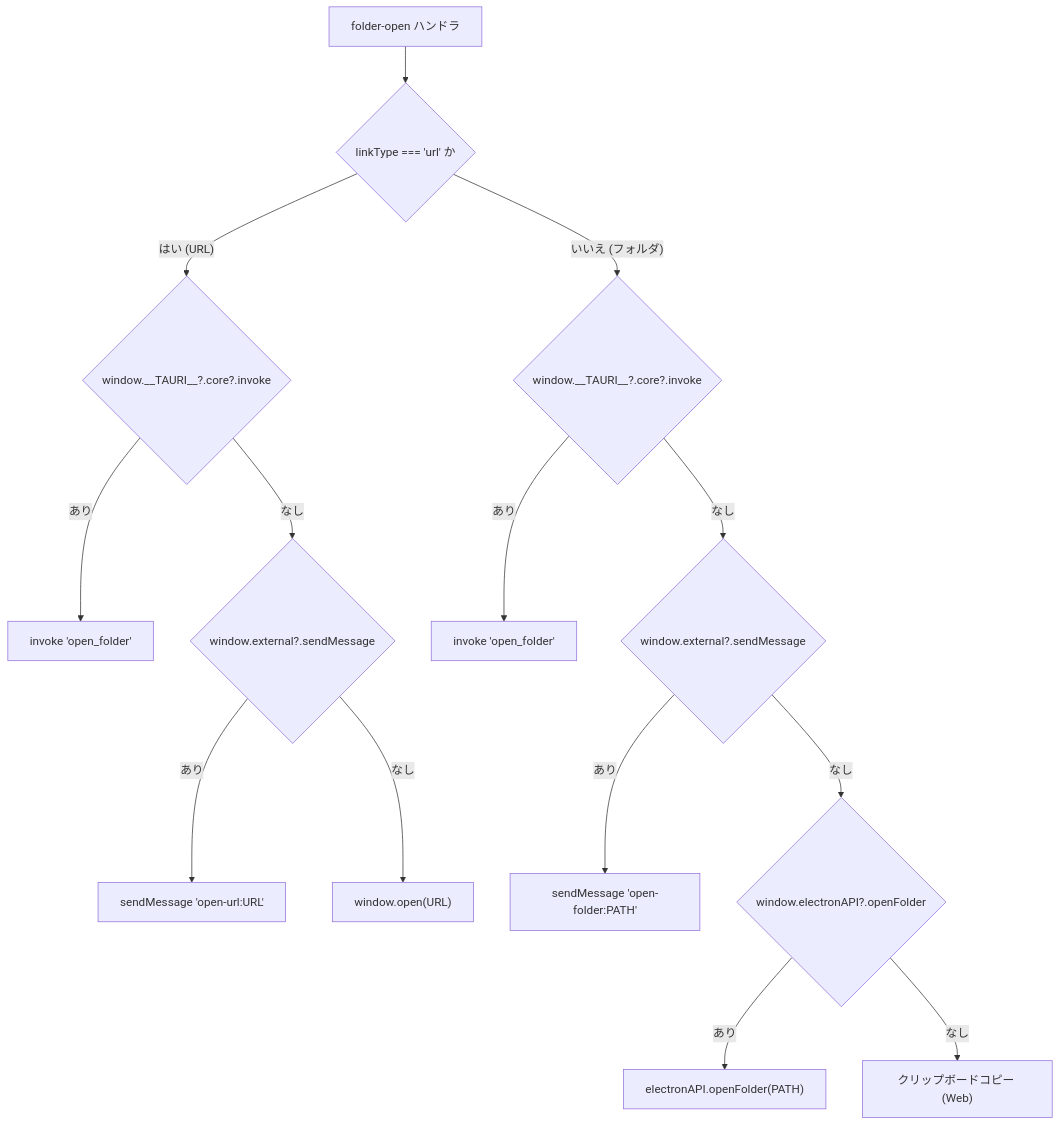
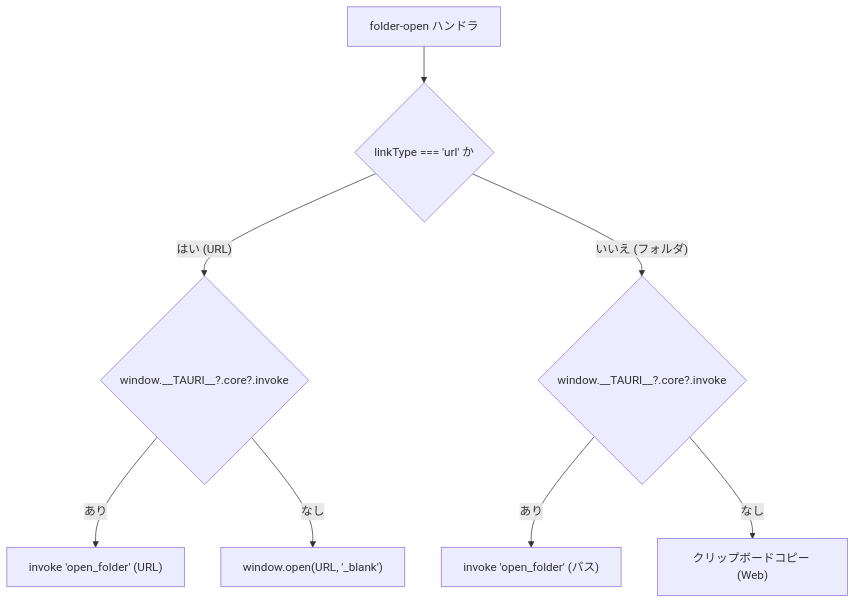
Before and after one commit to gitmatsus/task-management-app: the diagram in docs/04_実装詳細/04-3_ネイティブ環境連携.md, drawn with Mermaid. The commit also changed other lines of this file and 27 other files, not shown here.

First line of the commit message:
refactor: Tauri に一本化（Electron / Photino 撤廃）+ ドキュメント最新化 (#2)

````diff
--- a/docs/04_実装詳細/04-3_ネイティブ環境連携.md
+++ b/docs/04_実装詳細/04-3_ネイティブ環境連携.md
@@ -7,18 +7,12 @@
 ```mermaid
 flowchart TD
   Start["folder-open ハンドラ"] --> URLQ{"linkType === 'url' か"}
 
   URLQ -->|"はい (URL)"| TauriU{"window.__TAURI__?.core?.invoke"}
-  TauriU -->|"あり"| TauriInvokeU["invoke 'open_folder'"]
-  TauriU -->|"なし"| PhotinoU{"window.external?.sendMessage"}
-  PhotinoU -->|"あり"| PhotinoSendU["sendMessage 'open-url:URL'"]
-  PhotinoU -->|"なし"| WindowOpen["window.open(URL)"]
+  TauriU -->|"あり"| TauriInvokeU["invoke 'open_folder' (URL)"]
+  TauriU -->|"なし"| WindowOpen["window.open(URL, '_blank')"]
 
   URLQ -->|"いいえ (フォルダ)"| TauriF{"window.__TAURI__?.core?.invoke"}
-  TauriF -->|"あり"| TauriInvokeF["invoke 'open_folder'"]
-  TauriF -->|"なし"| PhotinoF{"window.external?.sendMessage"}
-  PhotinoF -->|"あり"| PhotinoSendF["sendMessage 'open-folder:PATH'"]
-  PhotinoF -->|"なし"| ElectronF{"window.electronAPI?.openFolder"}
-  ElectronF -->|"あり"| ElectronCall["electronAPI.openFolder(PATH)"]
-  ElectronF -->|"なし"| Clipboard["クリップボードコピー (Web)"]
+  TauriF -->|"あり"| TauriInvokeF["invoke 'open_folder' (パス)"]
+  TauriF -->|"なし"| Clipboard["クリップボードコピー (Web)"]
 ```
````
